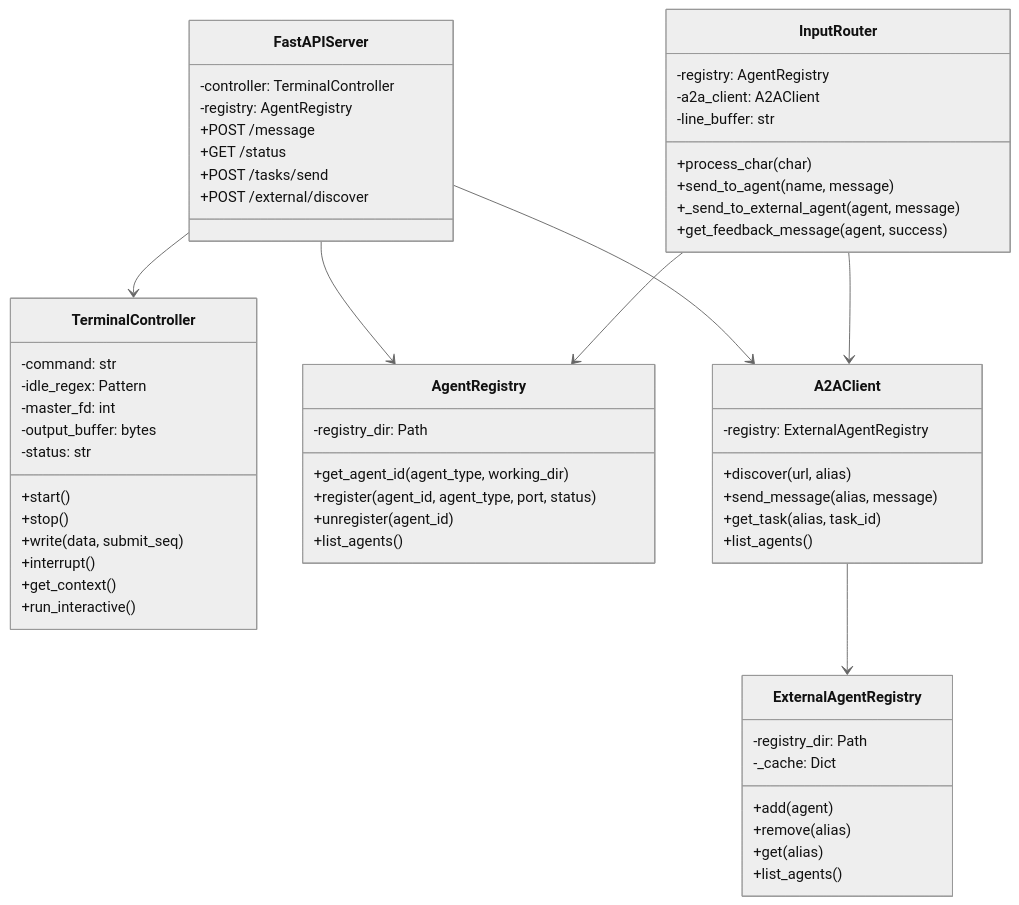
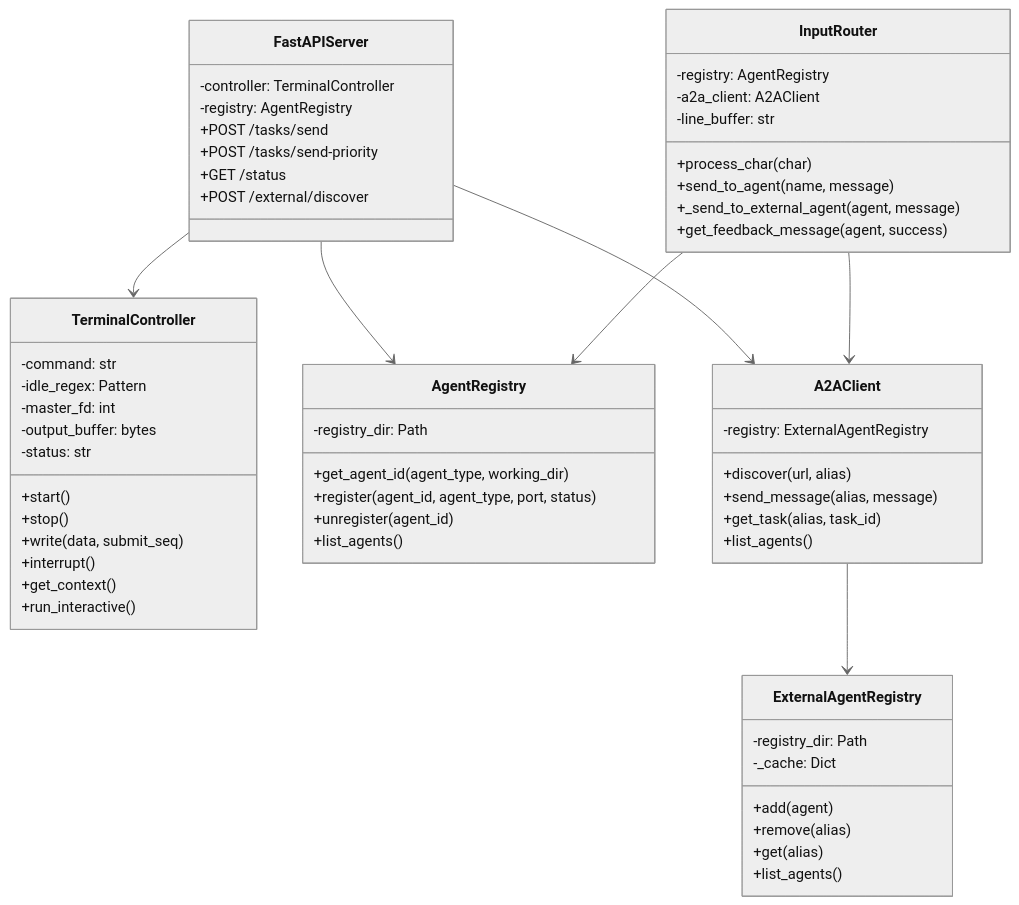
Before and after one commit to s-hiraoku/synapse-a2a: the third of 3 diagrams in guides/references.md, drawn with Mermaid (neutral theme). The commit also changed other lines of this file and 6 other files, not shown here.

````diff
--- a/guides/references.md
+++ b/guides/references.md
@@ -879,67 +917,67 @@
 ```mermaid
 classDiagram
     class TerminalController {
         -command: str
         -idle_regex: Pattern
         -master_fd: int
         -output_buffer: bytes
         -status: str
         +start()
         +stop()
         +write(data, submit_seq)
         +interrupt()
         +get_context()
         +run_interactive()
     }
 
     class InputRouter {
         -registry: AgentRegistry
         -a2a_client: A2AClient
         -line_buffer: str
         +process_char(char)
         +send_to_agent(name, message)
         +_send_to_external_agent(agent, message)
         +get_feedback_message(agent, success)
     }
 
     class AgentRegistry {
         -registry_dir: Path
         +get_agent_id(agent_type, working_dir)
         +register(agent_id, agent_type, port, status)
         +unregister(agent_id)
         +list_agents()
     }
 
     class ExternalAgentRegistry {
         -registry_dir: Path
         -_cache: Dict
         +add(agent)
         +remove(alias)
         +get(alias)
         +list_agents()
     }
 
     class A2AClient {
         -registry: ExternalAgentRegistry
         +discover(url, alias)
         +send_message(alias, message)
         +get_task(alias, task_id)
         +list_agents()
     }
 
     class FastAPIServer {
         -controller: TerminalController
         -registry: AgentRegistry
-        +POST /message
+        +POST /tasks/send
+        +POST /tasks/send-priority
         +GET /status
-        +POST /tasks/send
         +POST /external/discover
     }
 
     FastAPIServer --> TerminalController
     FastAPIServer --> AgentRegistry
     FastAPIServer --> A2AClient
     InputRouter --> AgentRegistry
     InputRouter --> A2AClient
     A2AClient --> ExternalAgentRegistry
 ```
````
